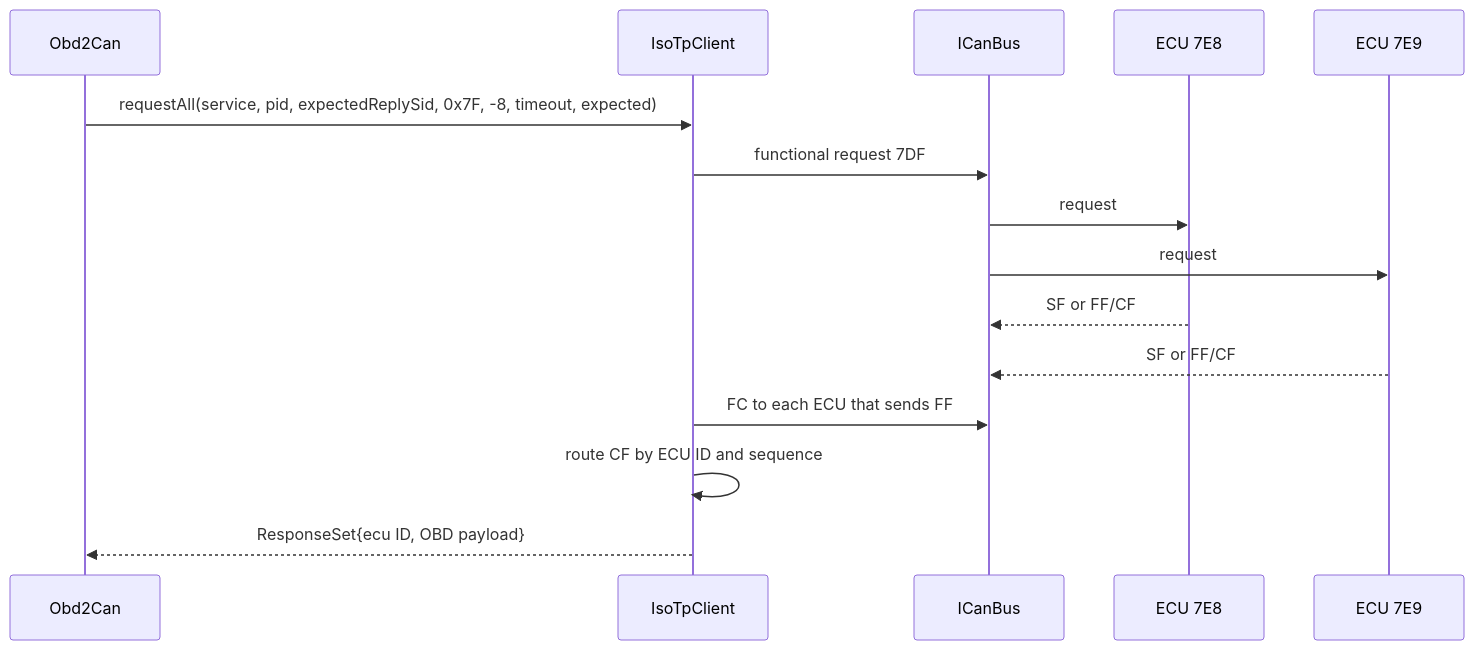
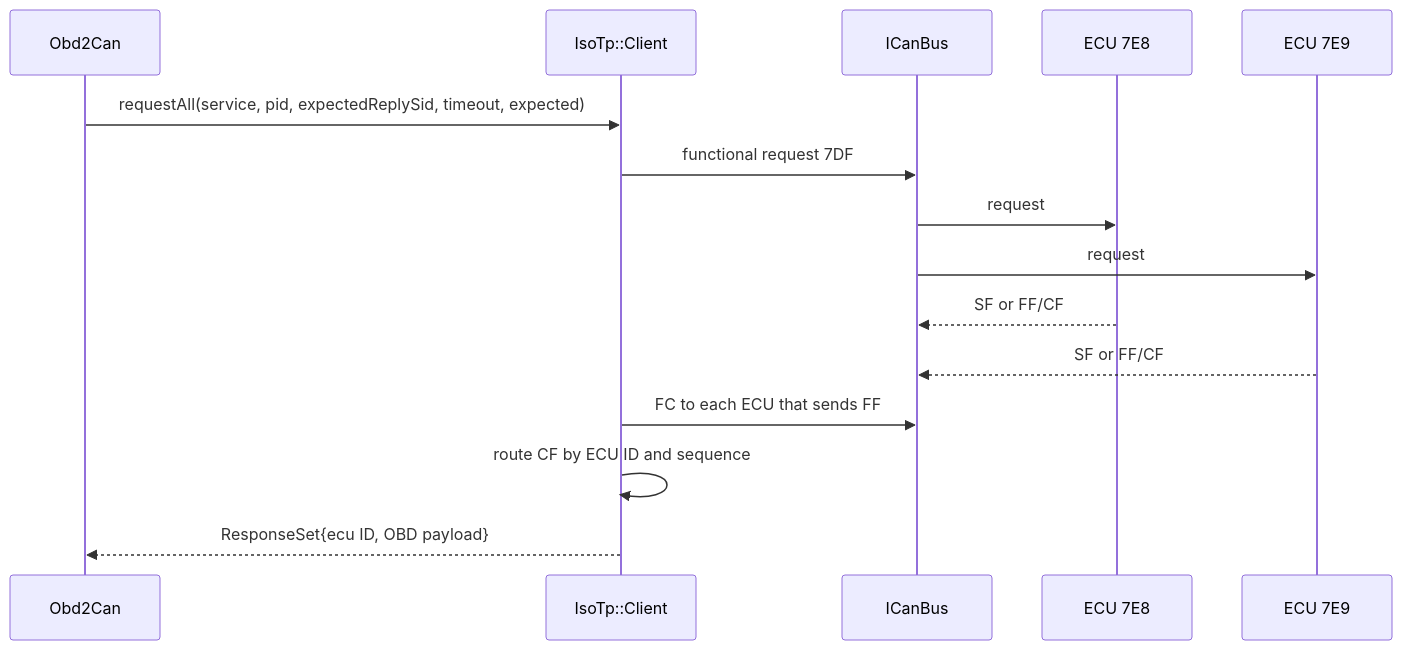
The diagram in esp32-firmware/src/obd2/real/README.md (rodrigomarcolin/tccelta), drawn with Mermaid before and after one commit. The commit also changed other lines of this file and 5 other files, not shown here.

First line of the commit message:
refactor(firmware): IsoTp vira classe (Client), ligada a ICanBus/convenções

````diff
--- a/esp32-firmware/src/obd2/real/README.md
+++ b/esp32-firmware/src/obd2/real/README.md
@@ -10,17 +12,17 @@
 ```mermaid
 sequenceDiagram
     participant OBD as Obd2Can
-    participant ISO as IsoTpClient
+    participant ISO as IsoTp::Client
     participant CAN as ICanBus
     participant E1 as ECU 7E8
     participant E2 as ECU 7E9
-    OBD->>ISO: requestAll(service, pid, expectedReplySid, 0x7F, -8, timeout, expected)
+    OBD->>ISO: requestAll(service, pid, expectedReplySid, timeout, expected)
     ISO->>CAN: functional request 7DF
     CAN->>E1: request
     CAN->>E2: request
     E1-->>CAN: SF or FF/CF
     E2-->>CAN: SF or FF/CF
     ISO->>CAN: FC to each ECU that sends FF
     ISO->>ISO: route CF by ECU ID and sequence
     ISO-->>OBD: ResponseSet{ecu ID, OBD payload}
 ```
````
